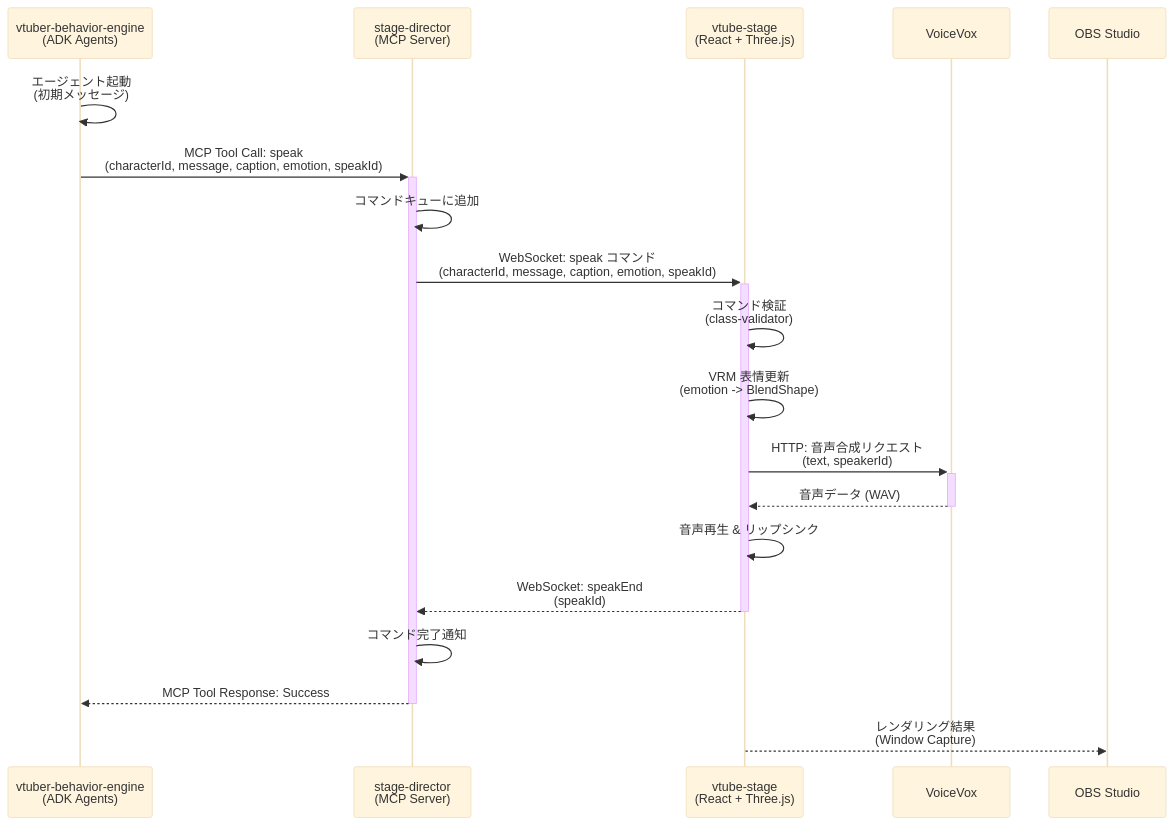
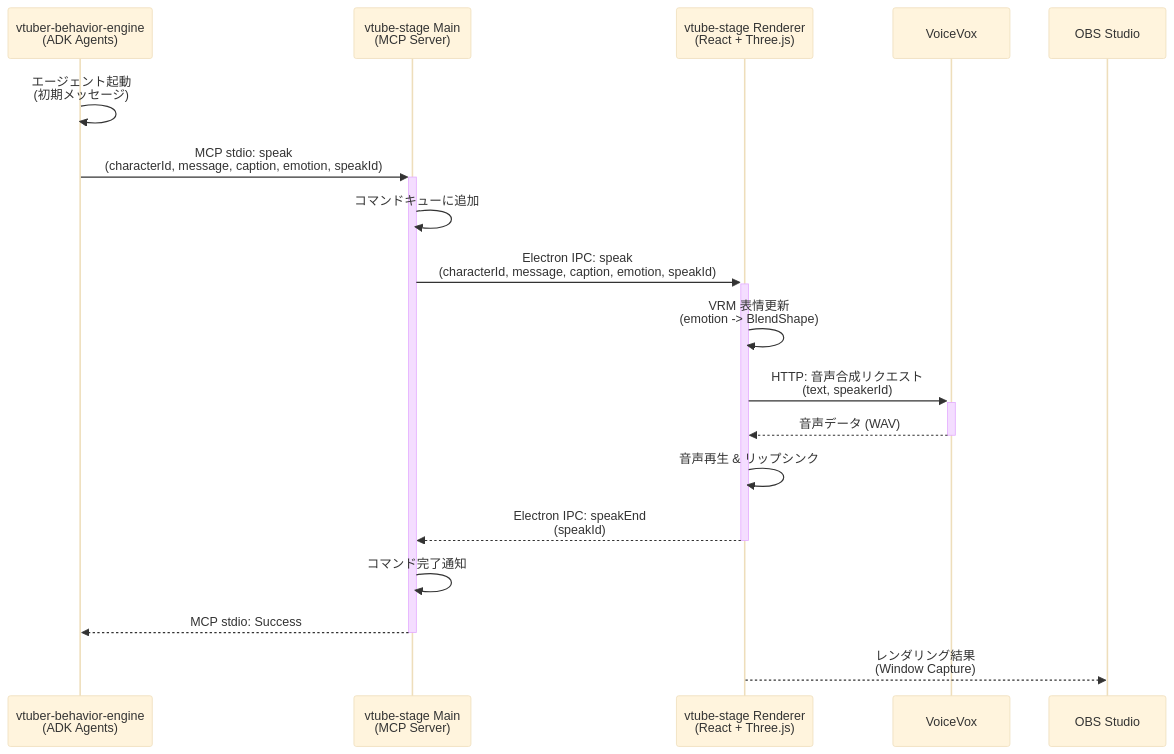
One commit to LongbowXXX/ai-tuber changed the first of 3 diagrams in docs/architecture/key-flows.md. Above: the diagram before and after it, drawn with Mermaid (base theme). The commit also changed other lines of this file and 14 other files, not shown here.

````diff
--- a/docs/architecture/key-flows.md
+++ b/docs/architecture/key-flows.md
@@ -40,22 +40,21 @@
 ```mermaid
 sequenceDiagram
     participant VBE as vtuber-behavior-engine<br/>(ADK Agents)
-    participant SD as stage-director<br/>(MCP Server)
-    participant VS as vtube-stage<br/>(React + Three.js)
+    participant Main as vtube-stage Main<br/>(MCP Server)
+    participant Renderer as vtube-stage Renderer<br/>(React + Three.js)
     participant VV as VoiceVox
     participant OBS as OBS Studio
 
     VBE ->> VBE: エージェント起動<br/>(初期メッセージ)
-    VBE ->>+ SD: MCP Tool Call: speak<br/>(characterId, message, caption, emotion, speakId)
-    SD ->> SD: コマンドキューに追加
-    SD ->>+ VS: WebSocket: speak コマンド<br/>(characterId, message, caption, emotion, speakId)
-    VS ->> VS: コマンド検証<br/>(class-validator)
-    VS ->> VS: VRM 表情更新<br/>(emotion -> BlendShape)
-    VS ->>+ VV: HTTP: 音声合成リクエスト<br/>(text, speakerId)
-    VV -->>- VS: 音声データ (WAV)
-    VS ->> VS: 音声再生 & リップシンク
-    VS -->>- SD: WebSocket: speakEnd<br/>(speakId)
-    SD ->> SD: コマンド完了通知
-    SD -->>- VBE: MCP Tool Response: Success
-    VS -->> OBS: レンダリング結果<br/>(Window Capture)
+    VBE ->>+ Main: MCP stdio: speak<br/>(characterId, message, caption, emotion, speakId)
+    Main ->> Main: コマンドキューに追加
+    Main ->>+ Renderer: Electron IPC: speak<br/>(characterId, message, caption, emotion, speakId)
+    Renderer ->> Renderer: VRM 表情更新<br/>(emotion -> BlendShape)
+    Renderer ->>+ VV: HTTP: 音声合成リクエスト<br/>(text, speakerId)
+    VV -->>- Renderer: 音声データ (WAV)
+    Renderer ->> Renderer: 音声再生 & リップシンク
+    Renderer -->>- Main: Electron IPC: speakEnd<br/>(speakId)
+    Main ->> Main: コマンド完了通知
+    Main -->>- VBE: MCP stdio: Success
+    Renderer -->> OBS: レンダリング結果<br/>(Window Capture)
 ```
````
